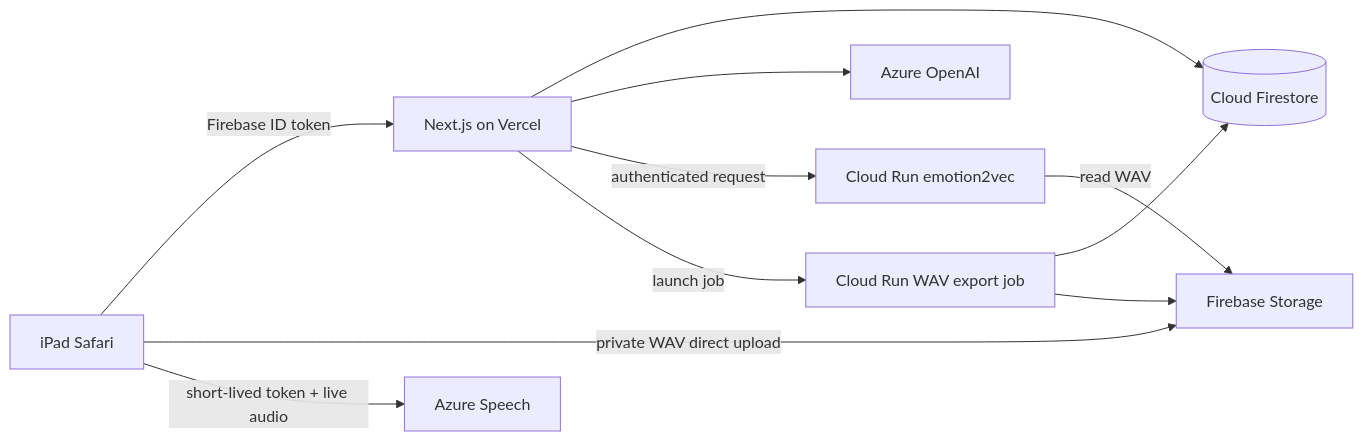
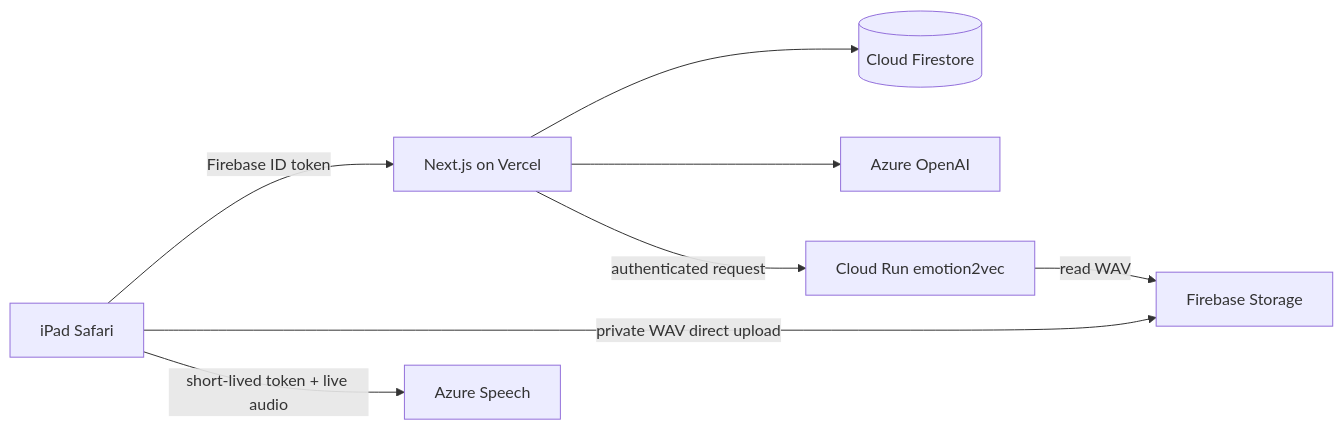
One commit to EntropicRegression/olafsaga changed the diagram in docs/ARCHITECTURE.md. Above: the diagram before and after it, drawn with Mermaid. The commit also changed other lines of this file and 18 other files, not shown here.

````diff
--- a/docs/ARCHITECTURE.md
+++ b/docs/ARCHITECTURE.md
@@ -5,13 +5,10 @@
 ```mermaid
 flowchart LR
   I[iPad Safari] -->|Firebase ID token| V[Next.js on Vercel]
   I -->|private WAV direct upload| S[Firebase Storage]
   I -->|short-lived token + live audio| AS[Azure Speech]
   V --> F[(Cloud Firestore)]
   V --> AO[Azure OpenAI]
   V -->|authenticated request| E[Cloud Run emotion2vec]
   E -->|read WAV| S
-  V -->|launch job| J[Cloud Run WAV export job]
-  J --> F
-  J --> S
 ```
````
